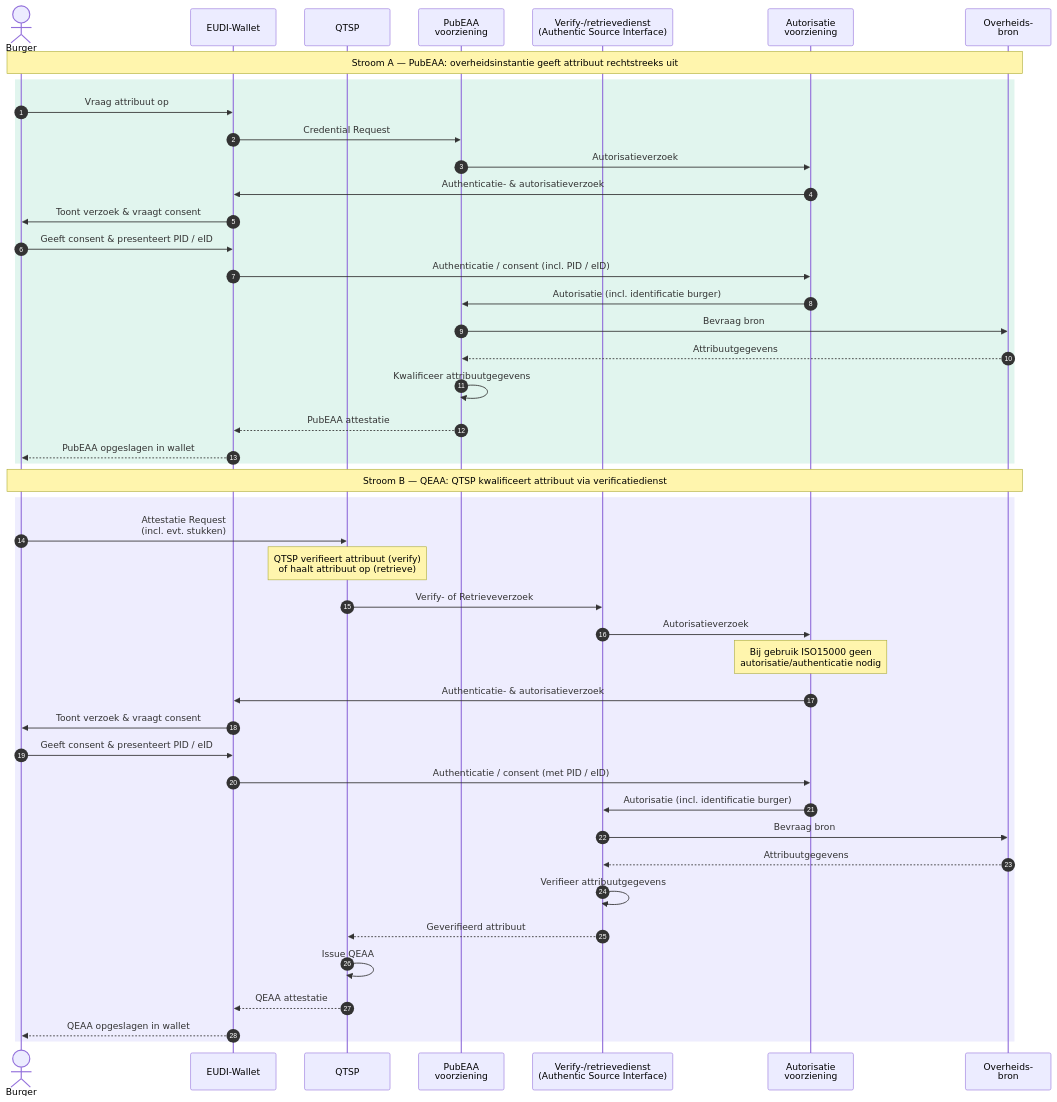
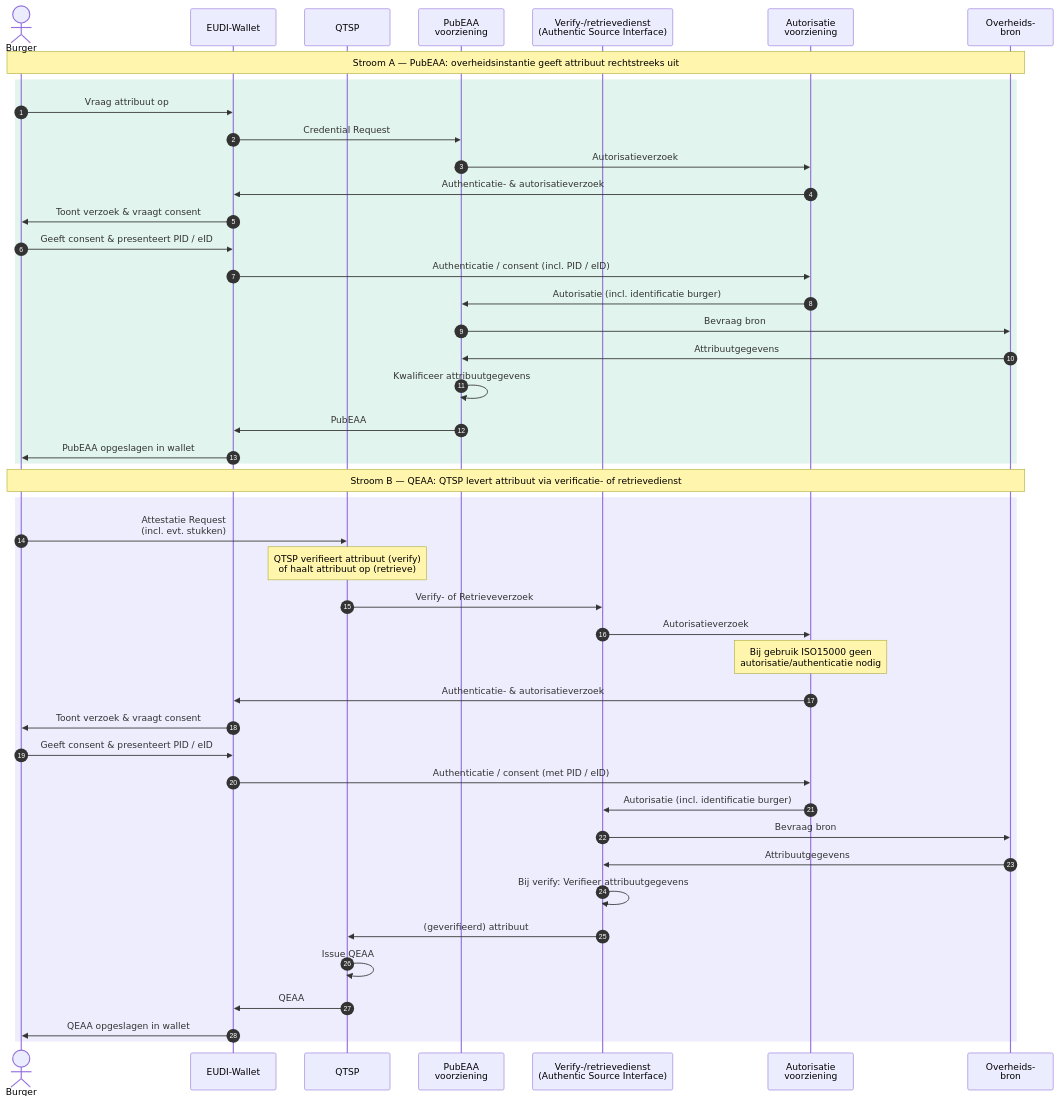
Before and after one commit to ICTU/GBO-GO: the diagram in main/diagrammen/interactiepatroon-EUDI-Wallet.mmd, drawn with Mermaid. The commit also changed 6 other files, not shown here.

```diff
--- a/main/diagrammen/interactiepatroon-EUDI-Wallet.mmd
+++ b/main/diagrammen/interactiepatroon-EUDI-Wallet.mmd
@@ -1,49 +1,49 @@
 sequenceDiagram
     autonumber
     actor Burger
     participant Wallet as EUDI-Wallet
     participant QTSP as QTSP
     participant PubEAA as PubEAA<br/>voorziening
     participant VerifDienst as Verify-/retrievedienst<br/>(Authentic Source Interface)
     participant Auth as Autorisatie<br/>voorziening
     participant Bron as Overheids-<br/>bron
 
     Note over Burger,Bron: Stroom A — PubEAA: overheidsinstantie geeft attribuut rechtstreeks uit
 
     rect rgb(225, 245, 238)
         Burger->>Wallet: Vraag attribuut op
         Wallet->>PubEAA: Credential Request
         PubEAA->>Auth: Autorisatieverzoek
         Auth->>Wallet: Authenticatie- & autorisatieverzoek
         Wallet->>Burger: Toont verzoek & vraagt consent
         Burger->>Wallet: Geeft consent & presenteert PID / eID
         Wallet->>Auth: Authenticatie / consent (incl. PID / eID)
         Auth->>PubEAA: Autorisatie (incl. identificatie burger)
         PubEAA->>Bron: Bevraag bron
-        Bron-->>PubEAA: Attribuutgegevens
+        Bron->>PubEAA: Attribuutgegevens
         PubEAA->>PubEAA: Kwalificeer attribuutgegevens
-        PubEAA-->>Wallet: PubEAA attestatie
-        Wallet-->>Burger: PubEAA opgeslagen in wallet
+        PubEAA->>Wallet: PubEAA
+        Wallet->>Burger: PubEAA opgeslagen in wallet
     end
 
-    Note over Burger,Bron: Stroom B — QEAA: QTSP kwalificeert attribuut via verificatiedienst
+    Note over Burger,Bron: Stroom B — QEAA: QTSP levert attribuut via verificatie- of retrievedienst
 
     rect rgb(238, 237, 254)
         Burger->>QTSP: Attestatie Request<br />(incl. evt. stukken)
         Note over QTSP: QTSP verifieert attribuut (verify)<br/>of haalt attribuut op (retrieve)
         QTSP->>VerifDienst: Verify- of Retrieveverzoek
         VerifDienst->>Auth: Autorisatieverzoek
         Note over Auth: Bij gebruik ISO15000 geen<br/>autorisatie/authenticatie nodig
         Auth->>Wallet: Authenticatie- & autorisatieverzoek
         Wallet->>Burger: Toont verzoek & vraagt consent
         Burger->>Wallet: Geeft consent & presenteert PID / eID
         Wallet->>Auth: Authenticatie / consent (met PID / eID)
         Auth->>VerifDienst: Autorisatie (incl. identificatie burger)
         VerifDienst->>Bron: Bevraag bron
-        Bron-->>VerifDienst: Attribuutgegevens
-        VerifDienst->>VerifDienst: Verifieer attribuutgegevens
-        VerifDienst-->>QTSP: Geverifieerd attribuut
+        Bron->>VerifDienst: Attribuutgegevens
+        VerifDienst->>VerifDienst: Bij verify: Verifieer attribuutgegevens
+        VerifDienst->>QTSP: (geverifieerd) attribuut
         QTSP->>QTSP: Issue QEAA
-        QTSP-->>Wallet: QEAA attestatie
-        Wallet-->>Burger: QEAA opgeslagen in wallet
+        QTSP->>Wallet: QEAA
+        Wallet->>Burger: QEAA opgeslagen in wallet
     end
```
